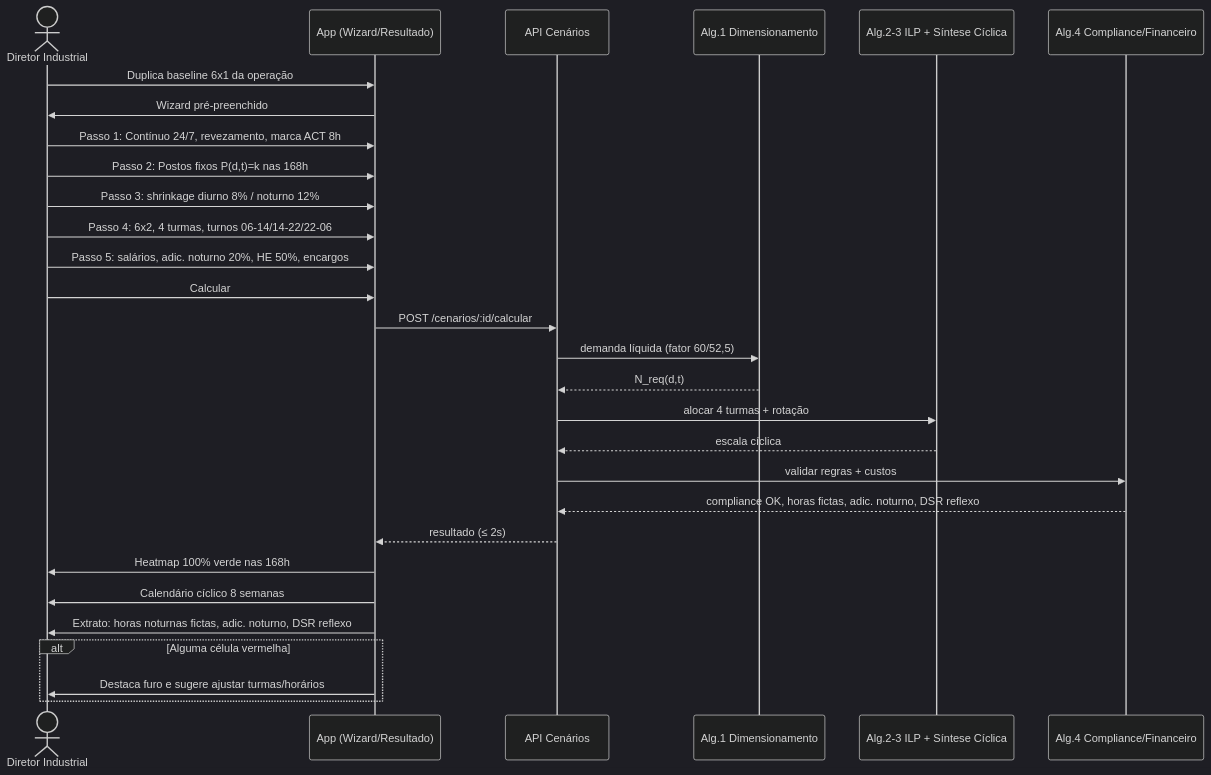
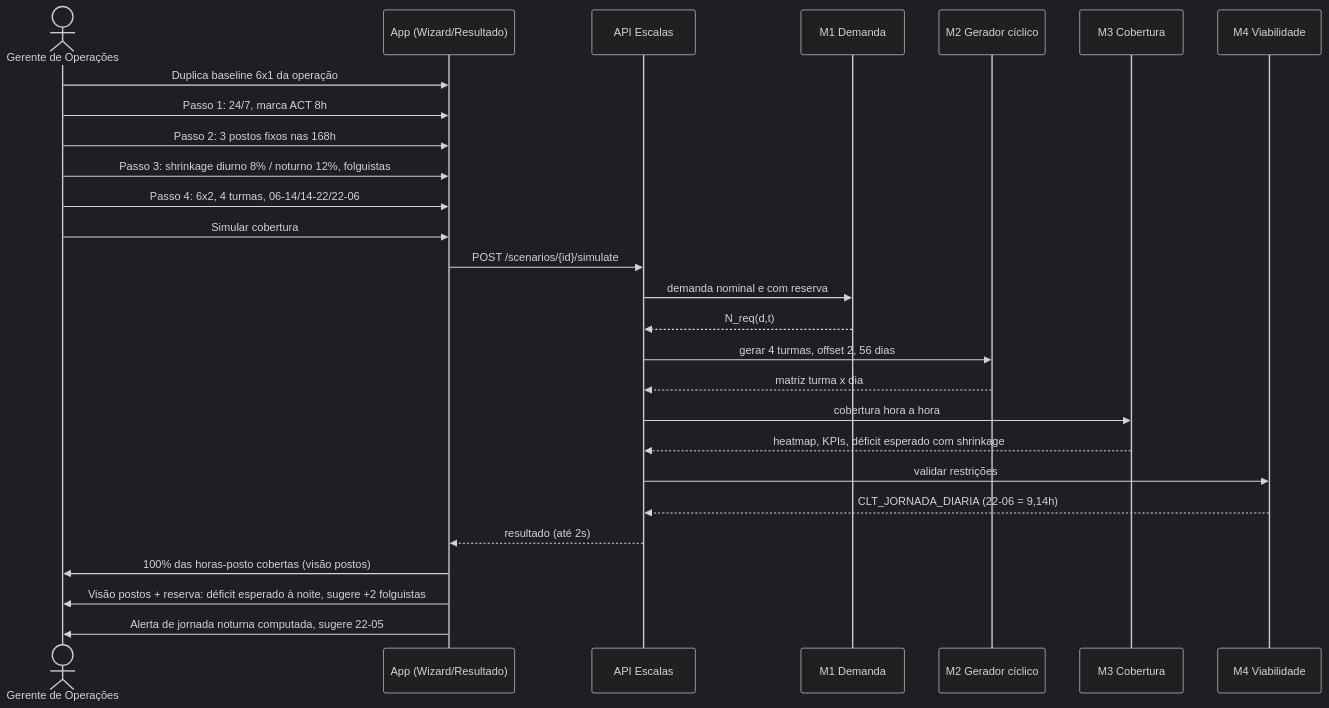
The third of 7 diagrams in docs/simulador-escalas/03-fluxo-do-app.md (thgterto/Ferramentas-Web), drawn with Mermaid (dark theme) before and after one commit. The commit also changed other lines of this file and 6 other files, not shown here.

First line of the commit message:
docs: revisão cruzada com foco em cobertura operacional

````diff
--- a/docs/simulador-escalas/03-fluxo-do-app.md
+++ b/docs/simulador-escalas/03-fluxo-do-app.md
@@ -210,31 +178,29 @@
 ```mermaid
 sequenceDiagram
-    actor U as Diretor Industrial
+    actor U as Gerente de Operações
     participant UI as App (Wizard/Resultado)
-    participant API as API Cenários
-    participant A1 as Alg.1 Dimensionamento
-    participant A23 as Alg.2-3 ILP + Síntese Cíclica
-    participant A4 as Alg.4 Compliance/Financeiro
+    participant API as API Escalas
+    participant M1 as M1 Demanda
+    participant M2 as M2 Gerador cíclico
+    participant M3 as M3 Cobertura
+    participant M4 as M4 Viabilidade
     U->>UI: Duplica baseline 6x1 da operação
-    UI->>U: Wizard pré-preenchido
-    U->>UI: Passo 1: Contínuo 24/7, revezamento, marca ACT 8h
-    U->>UI: Passo 2: Postos fixos P(d,t)=k nas 168h
-    U->>UI: Passo 3: shrinkage diurno 8% / noturno 12%
-    U->>UI: Passo 4: 6x2, 4 turmas, turnos 06-14/14-22/22-06
-    U->>UI: Passo 5: salários, adic. noturno 20%, HE 50%, encargos
-    U->>UI: Calcular
-    UI->>API: POST /cenarios/:id/calcular
-    API->>A1: demanda líquida (fator 60/52,5)
-    A1-->>API: N_req(d,t)
-    API->>A23: alocar 4 turmas + rotação
-    A23-->>API: escala cíclica
-    API->>A4: validar regras + custos
-    A4-->>API: compliance OK, horas fictas, adic. noturno, DSR reflexo
-    API-->>UI: resultado (≤ 2s)
-    UI->>U: Heatmap 100% verde nas 168h
-    UI->>U: Calendário cíclico 8 semanas
-    UI->>U: Extrato: horas noturnas fictas, adic. noturno, DSR reflexo
-    alt Alguma célula vermelha
-        UI->>U: Destaca furo e sugere ajustar turmas/horários
-    end
+    U->>UI: Passo 1: 24/7, marca ACT 8h
+    U->>UI: Passo 2: 3 postos fixos nas 168h
+    U->>UI: Passo 3: shrinkage diurno 8% / noturno 12%, folguistas
+    U->>UI: Passo 4: 6x2, 4 turmas, 06-14/14-22/22-06
+    U->>UI: Simular cobertura
+    UI->>API: POST /scenarios/{id}/simulate
+    API->>M1: demanda nominal e com reserva
+    M1-->>API: N_req(d,t)
+    API->>M2: gerar 4 turmas, offset 2, 56 dias
+    M2-->>API: matriz turma x dia
+    API->>M3: cobertura hora a hora
+    M3-->>API: heatmap, KPIs, déficit esperado com shrinkage
+    API->>M4: validar restrições
+    M4-->>API: CLT_JORNADA_DIARIA (22-06 = 9,14h)
+    API-->>UI: resultado (até 2s)
+    UI->>U: 100% das horas-posto cobertas (visão postos)
+    UI->>U: Visão postos + reserva: déficit esperado à noite, sugere +2 folguistas
+    UI->>U: Alerta de jornada noturna computada, sugere 22-05
 ```
````
